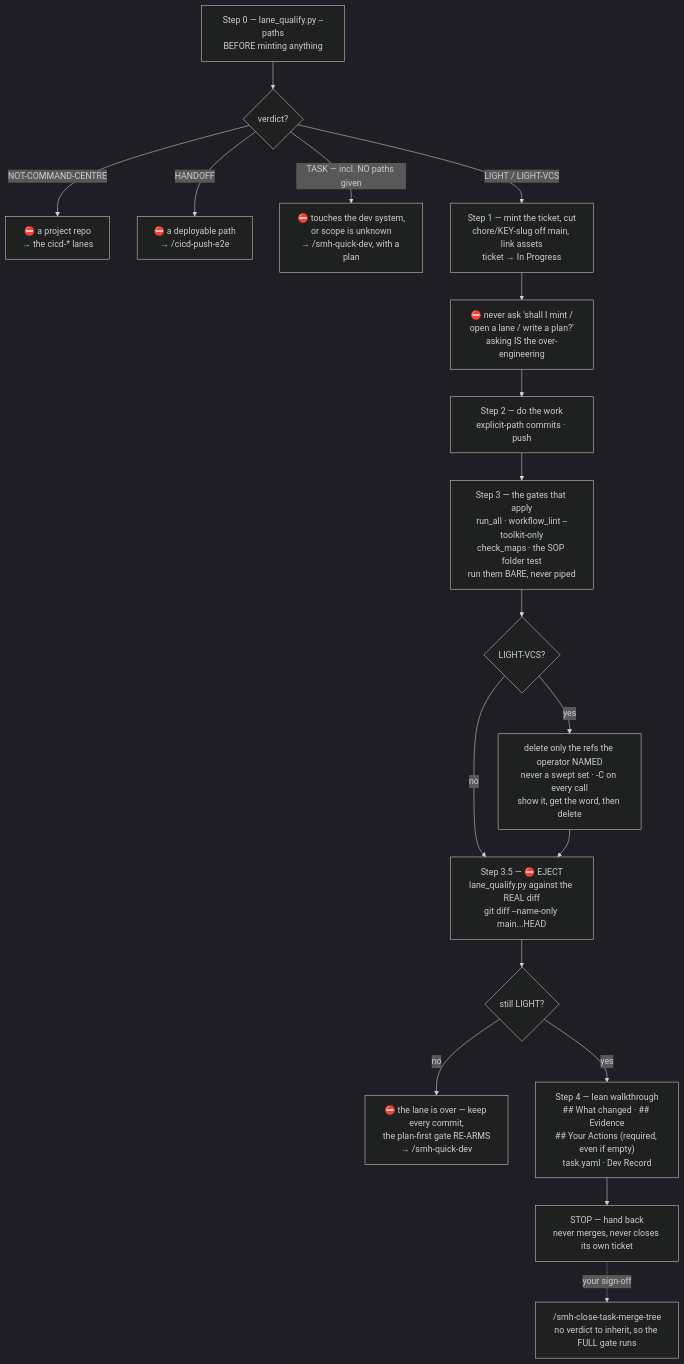
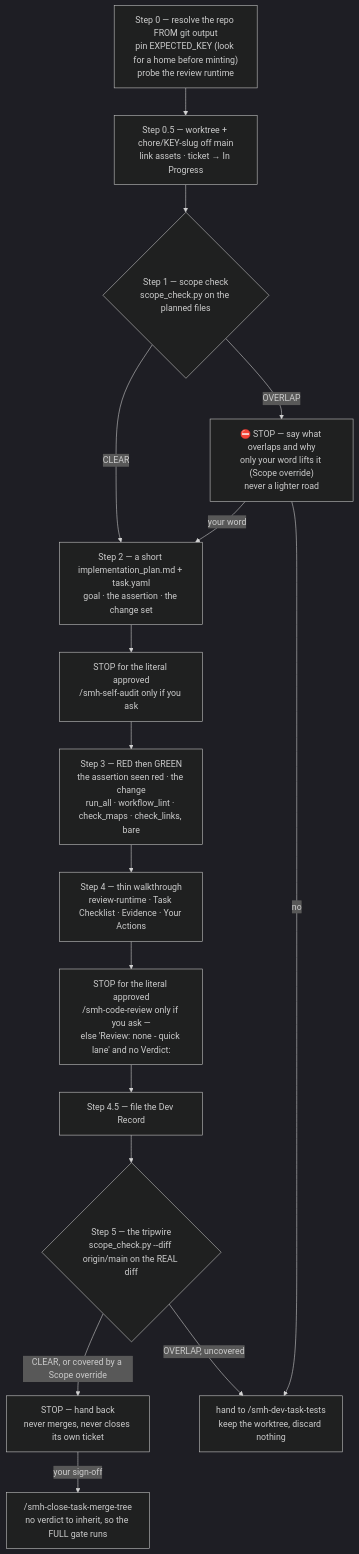
Diagram 26 of 46 in docs/_scc_sops_prds/operator_workflows_quickref.md (sudomadhatter/Sudo_Hatter_Command), drawn with Mermaid (dark theme) before and after one commit. The commit also changed other lines of this file and 74 other files, not shown here.

First line of the commit message:
SCC-445 feat(commands): /smh-quick-dev is the quick lane; the full Task lane is /smh-dev-task-tests; /smh-quick-fix retired

````diff
--- a/docs/_scc_sops_prds/operator_workflows_quickref.md
+++ b/docs/_scc_sops_prds/operator_workflows_quickref.md
@@ -854,20 +855,18 @@
 ```mermaid
 flowchart TD
-    S0["Step 0 — lane_qualify.py --paths\nBEFORE minting anything"] --> Q{"verdict?"}
-    Q -- "NOT-COMMAND-CENTRE" --> OUTP["⛔ a project repo\n→ the cicd-* lanes"]
-    Q -- "HANDOFF" --> OUTD["⛔ a deployable path\n→ /cicd-push-e2e"]
-    Q -- "TASK — incl. NO paths given" --> OUTT["⛔ touches the dev system,\nor scope is unknown\n→ /smh-quick-dev, with a plan"]
-    Q -- "LIGHT / LIGHT-VCS" --> S1["Step 1 — mint the ticket, cut\nchore/KEY-slug off main, link assets\nticket → In Progress"]
-    S1 --> NOASK["⛔ never ask 'shall I mint /\nopen a lane / write a plan?'\nasking IS the over-engineering"]
-    NOASK --> S2["Step 2 — do the work\nexplicit-path commits · push"]
-    S2 --> S3["Step 3 — the gates that apply\nrun_all · workflow_lint --toolkit-only\ncheck_maps · the SOP folder test\nrun them BARE, never piped"]
-    S3 --> VCS{"LIGHT-VCS?"}
-    VCS -- "yes" --> RISK["delete only the refs the operator NAMED\nnever a swept set · -C on every call\nshow it, get the word, then delete"]
-    VCS -- "no" --> S35
-    RISK --> S35["Step 3.5 — ⛔ EJECT\nlane_qualify.py against the REAL diff\ngit diff --name-only main...HEAD"]
-    S35 --> EJ{"still LIGHT?"}
-    EJ -- "no" --> EJECT["⛔ the lane is over — keep every commit,\nthe plan-first gate RE-ARMS\n→ /smh-quick-dev"]
-    EJ -- "yes" --> S4["Step 4 — lean walkthrough\n## What changed · ## Evidence\n## Your Actions (required, even if empty)\ntask.yaml · Dev Record"]
-    S4 --> STOP["STOP — hand back\nnever merges, never closes its own ticket"]
-    STOP -.->|"your sign-off"| CLOSE["/smh-close-task-merge-tree\nno verdict to inherit, so the FULL gate runs"]
+    S0["Step 0 — resolve the repo FROM git output\npin EXPECTED_KEY (look for a home before minting)\nprobe the review runtime"] --> S05["Step 0.5 — worktree + chore/KEY-slug off main\nlink assets · ticket → In Progress"]
+    S05 --> S1{"Step 1 — scope check\nscope_check.py on the planned files"}
+    S1 -- "CLEAR" --> S2["Step 2 — a short implementation_plan.md + task.yaml\ngoal · the assertion · the change set"]
+    S1 -- "OVERLAP" --> HOLD["⛔ STOP — say what overlaps and why\nonly your word lifts it (Scope override)\nnever a lighter road"]
+    HOLD -- "your word" --> S2
+    HOLD -- "no" --> EJ["hand to /smh-dev-task-tests\nkeep the worktree, discard nothing"]
+    S2 --> A1["STOP for the literal approved\n/smh-self-audit only if you ask"]
+    A1 --> S3["Step 3 — RED then GREEN\nthe assertion seen red · the change\nrun_all · workflow_lint · check_maps · check_links, bare"]
+    S3 --> S4["Step 4 — thin walkthrough\nreview-runtime · Task Checklist · Evidence · Your Actions"]
+    S4 --> A2["STOP for the literal approved\n/smh-code-review only if you ask —\nelse 'Review: none - quick lane' and no Verdict:"]
+    A2 --> S45["Step 4.5 — file the Dev Record"]
+    S45 --> S5{"Step 5 — the tripwire\nscope_check.py --diff origin/main on the REAL diff"}
+    S5 -- "CLEAR, or covered by a Scope override" --> STOP["STOP — hand back\nnever merges, never closes its own ticket"]
+    S5 -- "OVERLAP, uncovered" --> EJ
+    STOP -- "your sign-off" --> CLOSE["/smh-close-task-merge-tree\nno verdict to inherit, so the FULL gate runs"]
 ```
````
